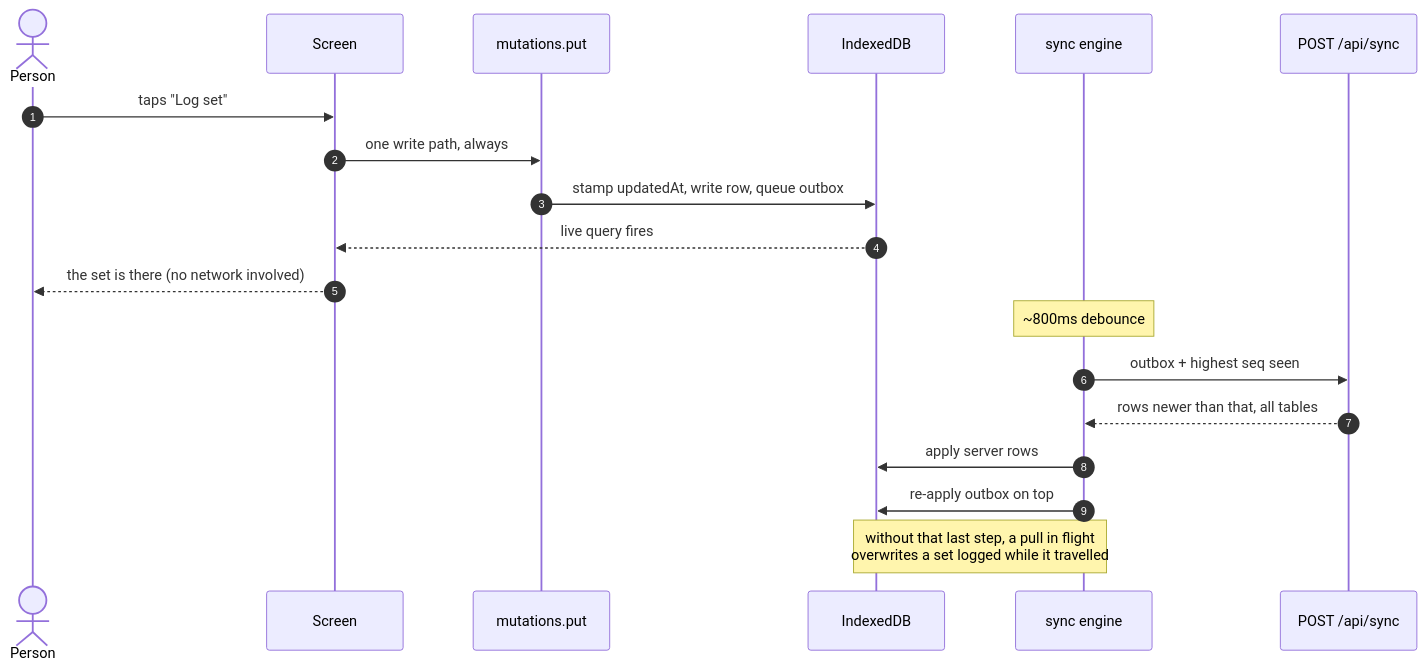
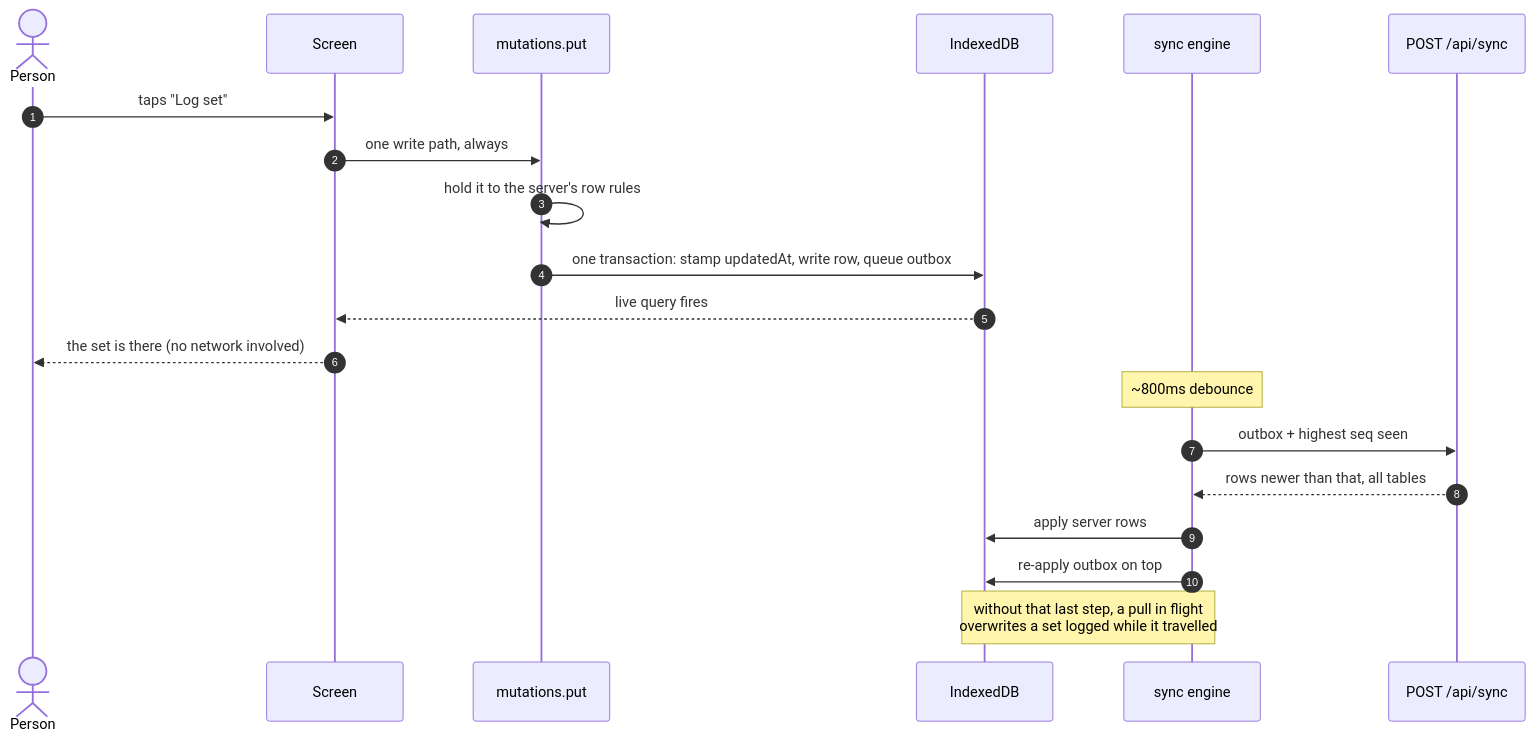
One commit to mark-balazs/gymmy changed the third of 3 diagrams in docs/architecture.md. Above: the diagram before and after it, drawn with Mermaid. The commit also changed other lines of this file and 18 other files, not shown here.

````diff
--- a/docs/architecture.md
+++ b/docs/architecture.md
@@ -92,22 +92,23 @@
 ```mermaid
 sequenceDiagram
     autonumber
     actor P as Person
     participant UI as Screen
     participant M as mutations.put
     participant L as IndexedDB
     participant S as sync engine
     participant API as POST /api/sync
 
     P->>UI: taps "Log set"
     UI->>M: one write path, always
-    M->>L: stamp updatedAt, write row, queue outbox
+    M->>M: hold it to the server's row rules
+    M->>L: one transaction: stamp updatedAt, write row, queue outbox
     L-->>UI: live query fires
     UI-->>P: the set is there (no network involved)
     Note over S: ~800ms debounce
     S->>API: outbox + highest seq seen
     API-->>S: rows newer than that, all tables
     S->>L: apply server rows
     S->>L: re-apply outbox on top
     Note over S,L: without that last step, a pull in flight<br/>overwrites a set logged while it travelled
 ```
````
